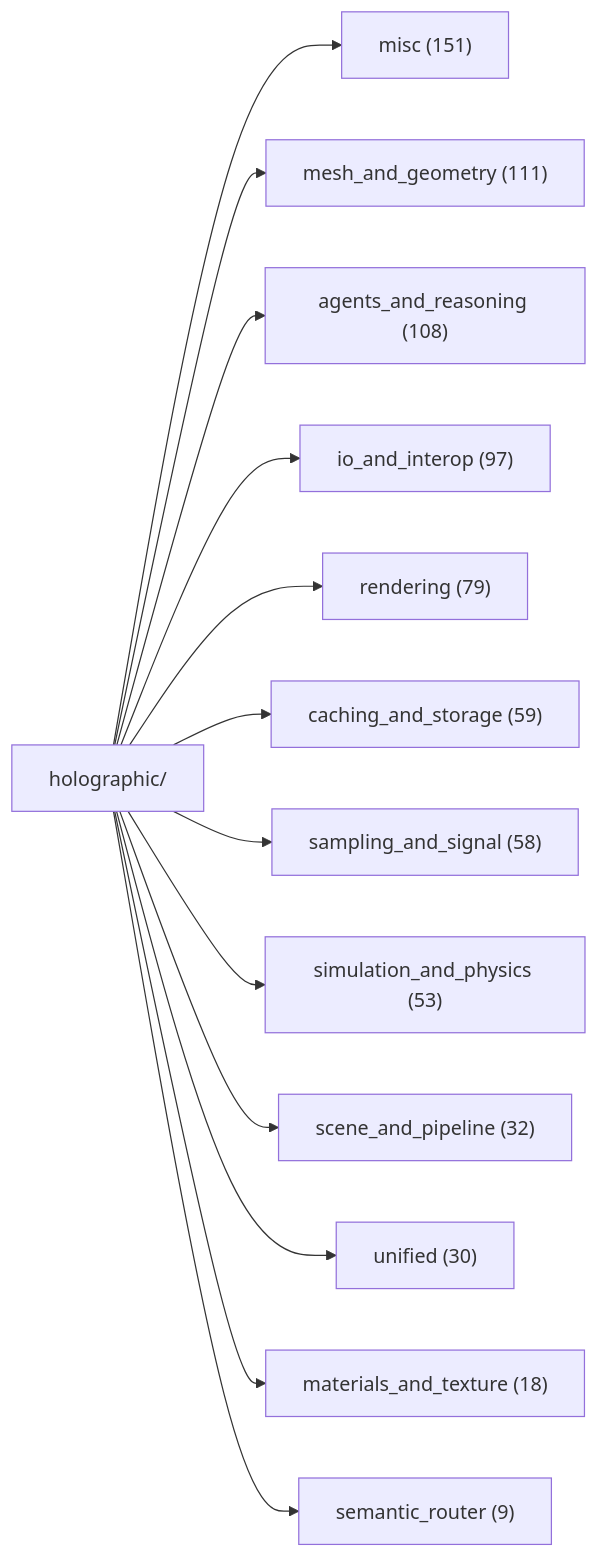
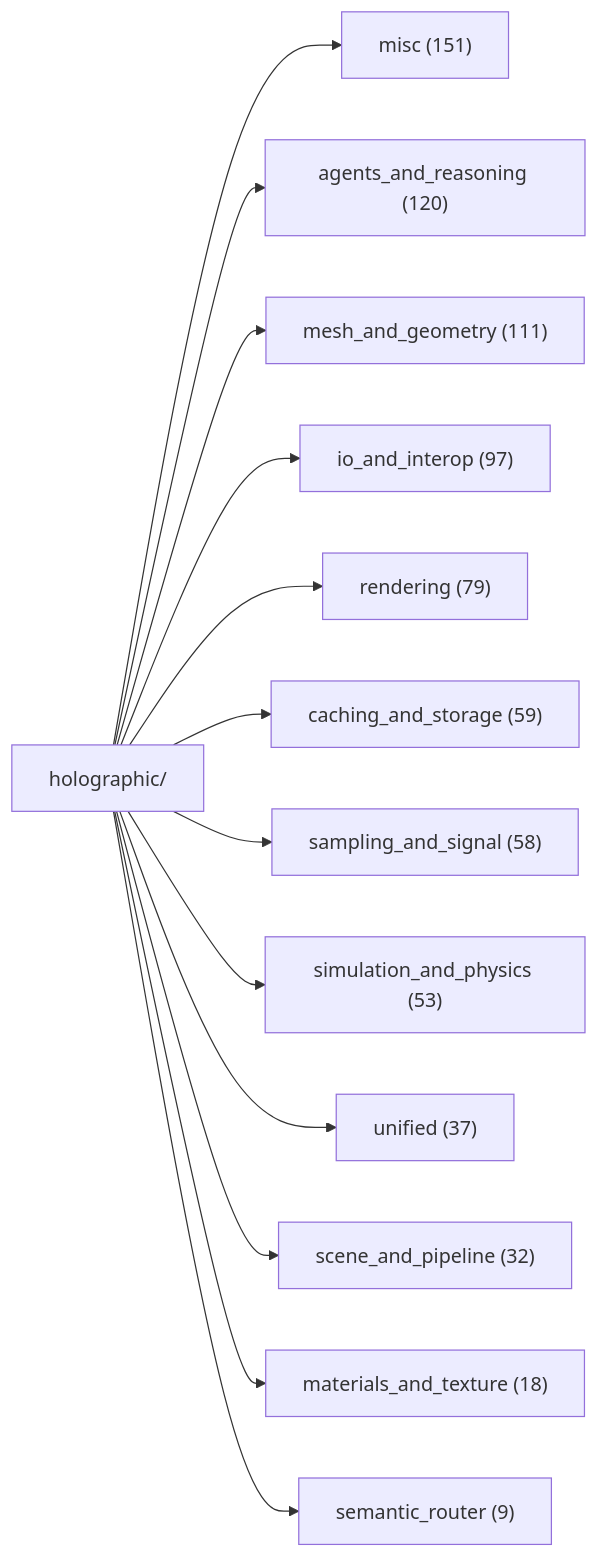
The first of 2 diagrams in docs/DOC_MAP.md (AnOversizedMooseWithSocks/leCore), drawn with Mermaid before and after one commit. The commit also changed other lines of this file and 213 other files, not shown here.

````diff
--- a/docs/DOC_MAP.md
+++ b/docs/DOC_MAP.md
@@ -41,16 +40,16 @@
 ```mermaid
 graph LR
     H[holographic/]
     H --> misc["misc (151)"]
+    H --> agen["agents_and_reasoning (120)"]
     H --> mesh["mesh_and_geometry (111)"]
-    H --> agen["agents_and_reasoning (108)"]
     H --> io_a["io_and_interop (97)"]
     H --> rend["rendering (79)"]
     H --> cach["caching_and_storage (59)"]
     H --> samp["sampling_and_signal (58)"]
     H --> simu["simulation_and_physics (53)"]
+    H --> unif["unified (37)"]
     H --> scen["scene_and_pipeline (32)"]
-    H --> unif["unified (30)"]
     H --> mate["materials_and_texture (18)"]
     H --> sema["semantic_router (9)"]
 ```
````
